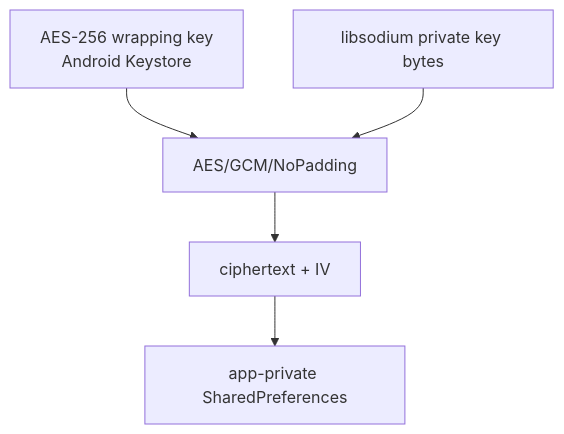
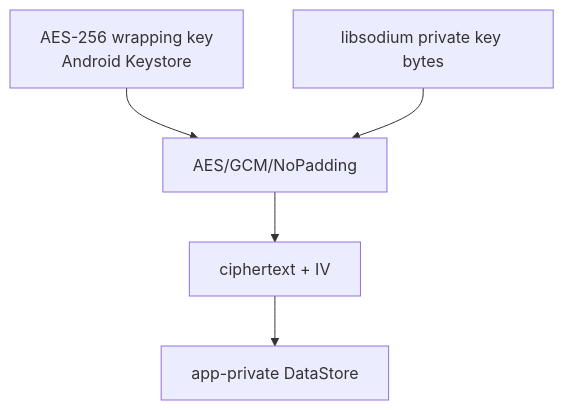
The second of 2 diagrams in docs/security/identity.md (cbgm/Sparrow), drawn with Mermaid before and after one commit. The commit also changed 65 other files, not shown here.

Commit message:
Replace SharedPreferences with DataStore (app wide)

````diff
--- a/docs/security/identity.md
+++ b/docs/security/identity.md
@@ -30,11 +30,11 @@
 ```mermaid
 flowchart TD
     PK[libsodium private key bytes]
     K[AES-256 wrapping key<br/>Android Keystore]
     GCM[AES/GCM/NoPadding]
     CT[ciphertext + IV]
-    SP[app-private SharedPreferences]
+    SP[app-private DataStore]
 
     K --> GCM
     PK --> GCM --> CT --> SP
 ```
````
